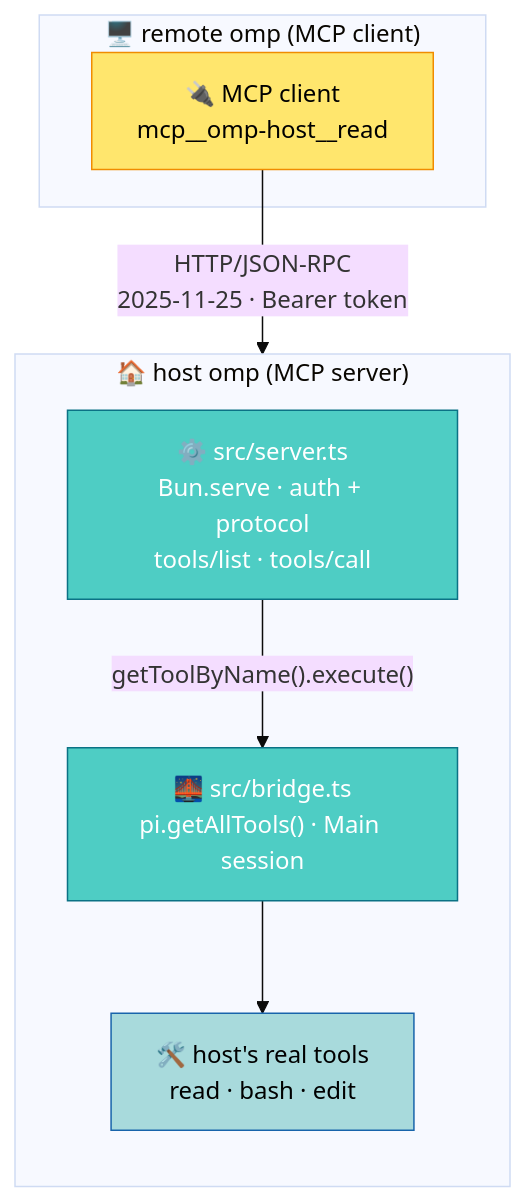
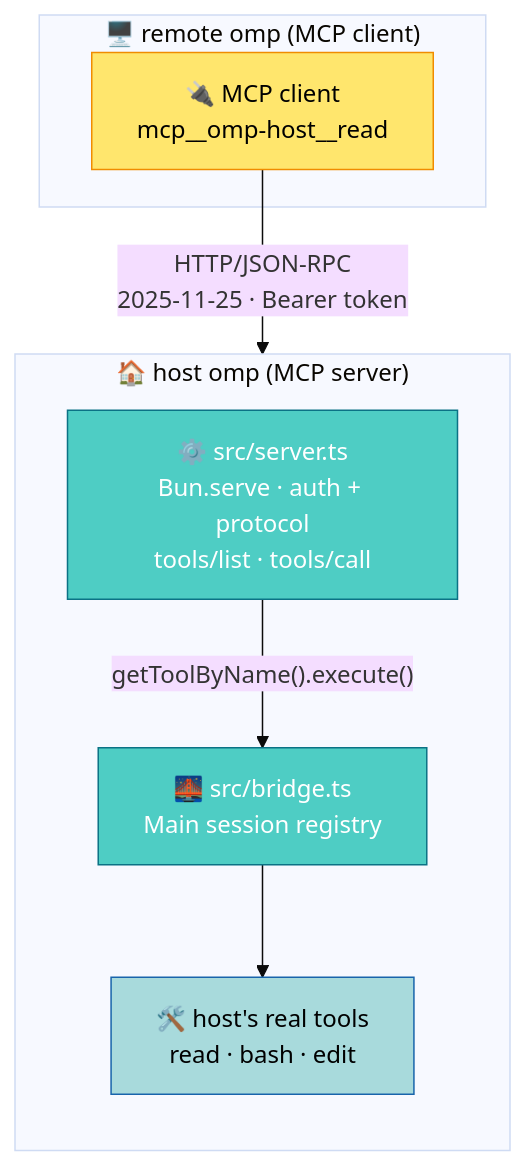
One commit to adam-ikari/pi-a2a-ext changed the diagram in README.md. Above: the diagram before and after it, drawn with Mermaid (base theme). The commit also changed other lines of this file and 6 other files, not shown here.

First line of the commit message:
docs: tools/list 的权威改口到 Main 会话，内存表按第十八轮重落

````diff
--- a/README.md
+++ b/README.md
@@ -29,25 +29,25 @@
 ```mermaid
 graph TB
     subgraph Remote["🖥️ remote omp (MCP client)"]
         Client["🔌 MCP client<br/>mcp__omp-host__read"]
     end
 
     subgraph Host["🏠 host omp (MCP server)"]
         direction TB
         Serve["⚙️ src/server.ts<br/>Bun.serve · auth + protocol<br/>tools/list · tools/call"]
-        Bridge["🌉 src/bridge.ts<br/>pi.getAllTools() · Main session"]
+        Bridge["🌉 src/bridge.ts<br/>Main session registry"]
         Tools["🛠️ host's real tools<br/>read · bash · edit"]
 
         Serve -->|"getToolByName().execute()"| Bridge
         Bridge --> Tools
     end
 
     Client -->|"HTTP/JSON-RPC<br/>2025-11-25 · Bearer token"| Serve
 
     classDef client fill:#FFE66D,stroke:#F08C00,color:#000
     classDef server fill:#4ECDC4,stroke:#0B7285,color:#fff
     classDef tool fill:#A8DADC,stroke:#1864AB,color:#000
     class Client client
     class Serve,Bridge server
     class Tools tool
 ```
````
